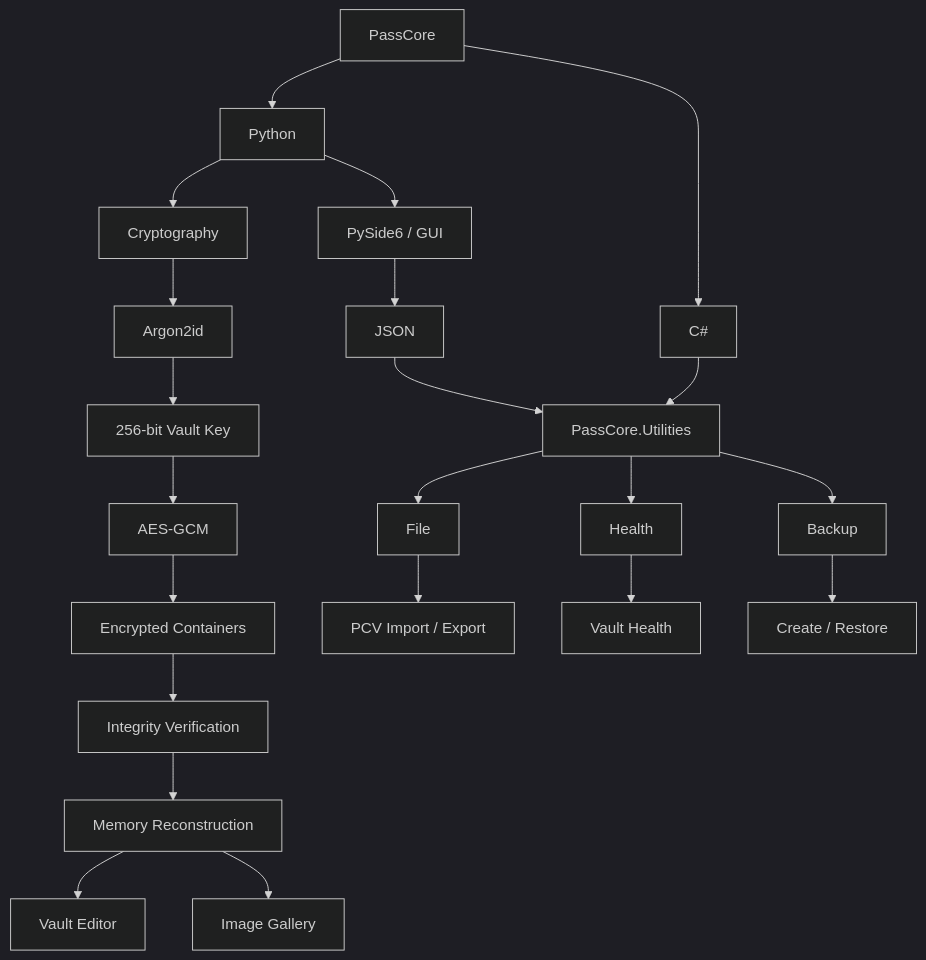
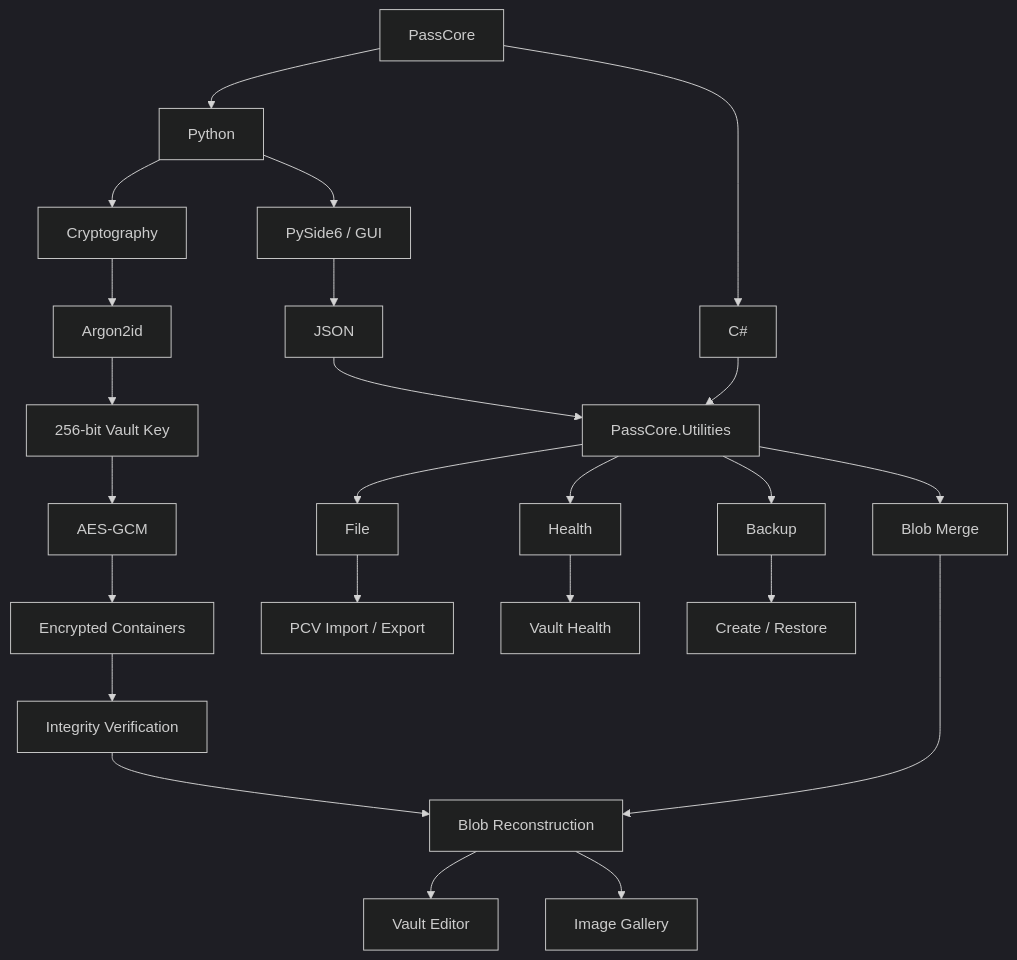
One commit to Money-Ape/PassCore changed the diagram in README.md. Above: the diagram before and after it, drawn with Mermaid (dark theme). The commit also changed other lines of this file, not shown here.

Commit message:
docs(README): add utility Bridge .NET -> C# handler merge_blob_bin

````diff
--- a/README.md
+++ b/README.md
@@ -71,34 +71,36 @@
 ```mermaid
 flowchart TD
 
 PC["PassCore"]
 
 PC --> PY["Python"]
 PC --> CS["C#"]
 
 PY --> UI["PySide6 / GUI"]
 PY --> CRYPTO["Cryptography"]
 
 CRYPTO --> KDF["Argon2id"]
 KDF --> KEY["256-bit Vault Key"]
 KEY --> AES["AES-GCM"]
 
 AES --> STORAGE["Encrypted Containers"]
 STORAGE --> INTEGRITY["Integrity Verification"]
 INTEGRITY --> RECON["Memory Reconstruction"]
 
 RECON --> EDITOR["Vault Editor"]
 RECON --> GALLERY["Image Gallery"]
 
 UI --> JSON["JSON"]
 JSON --> UTIL["PassCore.Utilities"]
 CS --> UTIL
 
 UTIL --> FILE["File"]
 UTIL --> HEALTH["Health"]
 UTIL --> BACKUP["Backup"]
+UTIL --> MERGE["Blob Merge"]
 
 FILE --> PCV["PCV Import / Export"]
 HEALTH --> VH["Vault Health"]
 BACKUP --> BR["Create / Restore"]
+MERGE --> RECON["Blob Reconstruction"]
 ```
````
